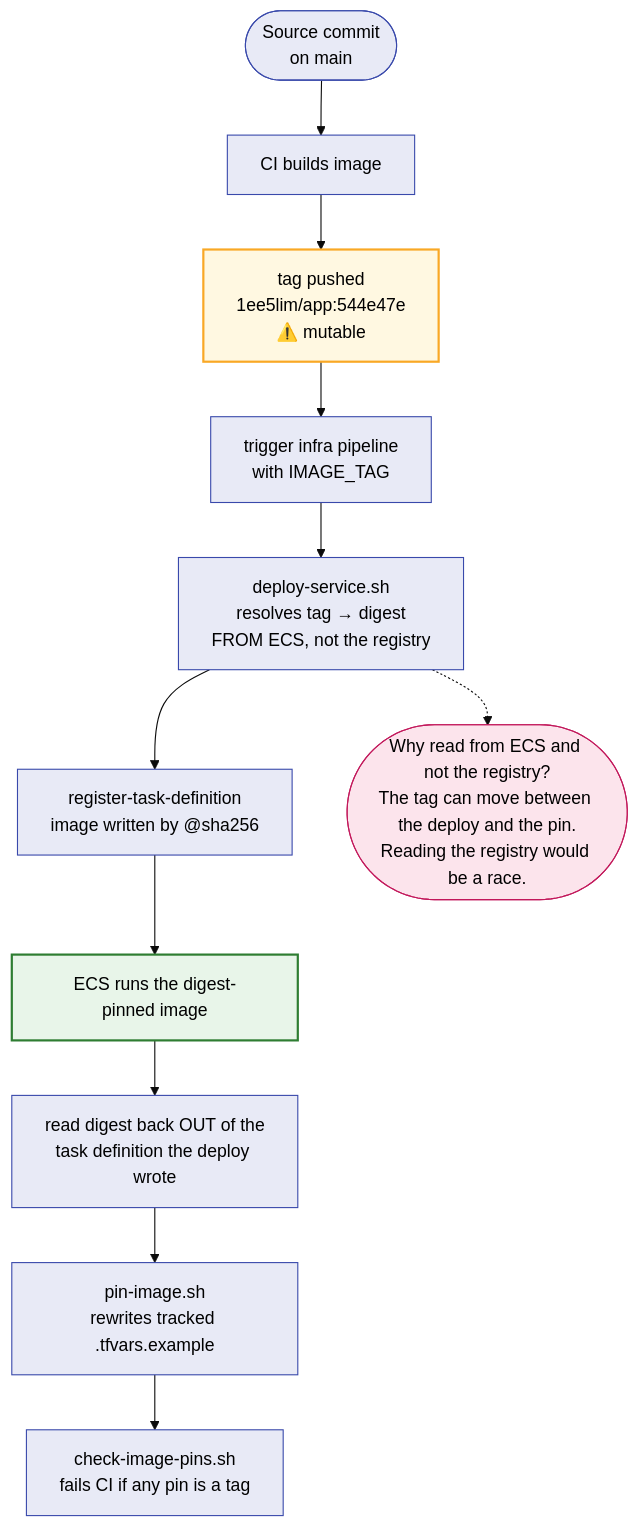
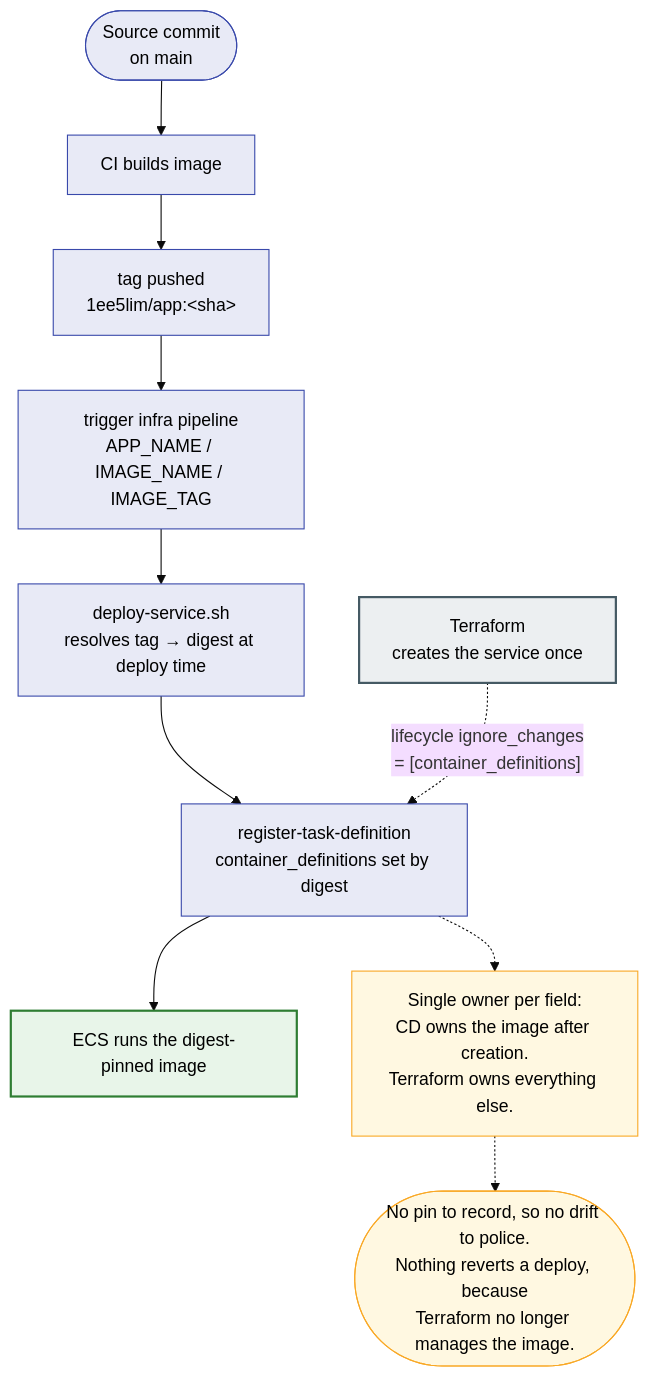
One commit to oriax11/code-keeper changed the seventh of 8 diagrams in docs/ARCHITECTURE-DIAGRAMS.md. Above: the diagram before and after it, drawn with Mermaid (base theme). The commit also changed other lines of this file and 3 other files, not shown here.

````diff
--- a/docs/ARCHITECTURE-DIAGRAMS.md
+++ b/docs/ARCHITECTURE-DIAGRAMS.md
@@ -352,26 +357,29 @@
 ```mermaid
 flowchart TB
     SRC(["Source commit<br/>on main"]) --> BUILD["CI builds image"]
-    BUILD --> TAGGED["tag pushed<br/>1ee5lim/app:544e47e<br/>⚠️ mutable"]
-    TAGGED --> TRIG["trigger infra pipeline<br/>with IMAGE_TAG"]
-    TRIG --> RESOLVE["deploy-service.sh<br/>resolves tag → digest<br/>FROM ECS, not the registry"]
-    RESOLVE --> REG["register-task-definition<br/>image written by @sha256"]
+    BUILD --> TAGGED["tag pushed<br/>1ee5lim/app:&lt;sha&gt;"]
+    TAGGED --> TRIG["trigger infra pipeline<br/>APP_NAME / IMAGE_NAME / IMAGE_TAG"]
+    TRIG --> RESOLVE["deploy-service.sh<br/>resolves tag → digest at deploy time"]
+    RESOLVE --> REG["register-task-definition<br/>container_definitions set by digest"]
     REG --> RUN["ECS runs the digest-pinned image"]
-    RUN --> READBACK["read digest back OUT of the<br/>task definition the deploy wrote"]
-    READBACK --> PIN["pin-image.sh<br/>rewrites tracked .tfvars.example"]
-    PIN --> GUARD["check-image-pins.sh<br/>fails CI if any pin is a tag"]
 
-    RACE(["Why read from ECS and not the registry?<br/>The tag can move between the deploy and the pin.<br/>Reading the registry would be a race."])
+    TF["Terraform<br/>creates the service once"] -.->|"lifecycle ignore_changes<br/>= [container_definitions]"| REG
 
-    RESOLVE -.-> RACE
+    OWN["Single owner per field:<br/>CD owns the image after creation.<br/>Terraform owns everything else."]
+
+    REG -.-> OWN
+
+    NOTE(["No pin to record, so no drift to police.<br/>Nothing reverts a deploy, because<br/>Terraform no longer manages the image."])
+
+    OWN -.-> NOTE
 
     classDef step fill:#e8eaf6,stroke:#3949ab,stroke-width:1px,color:#000
     classDef ok fill:#e8f5e9,stroke:#2e7d32,stroke-width:2px,color:#000
-    classDef warn fill:#fff8e1,stroke:#f9a825,stroke-width:2px,color:#000
-    classDef note fill:#fce4ec,stroke:#c2185b,color:#000
+    classDef tf fill:#eceff1,stroke:#455a64,stroke-width:2px,color:#000
+    classDef note fill:#fff8e1,stroke:#f9a825,color:#000
 
-    class SRC,BUILD,TAGGED,TRIG,RESOLVE,REG,READBACK,PIN,GUARD step
+    class SRC,BUILD,TAGGED,TRIG,RESOLVE,REG step
     class RUN ok
-    class TAGGED warn
-    class RACE note
+    class TF tf
+    class OWN,NOTE note
 ```
````
